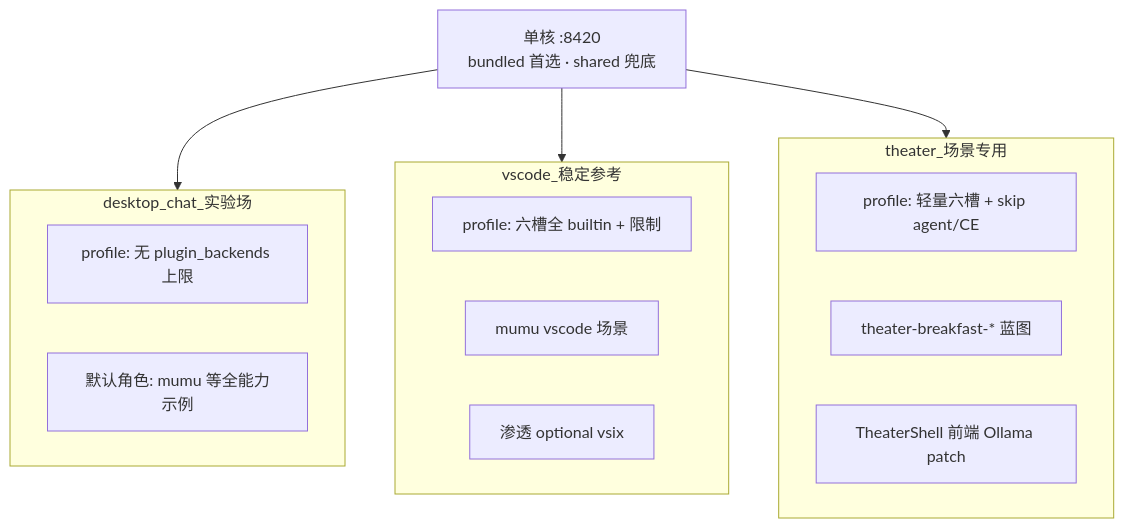
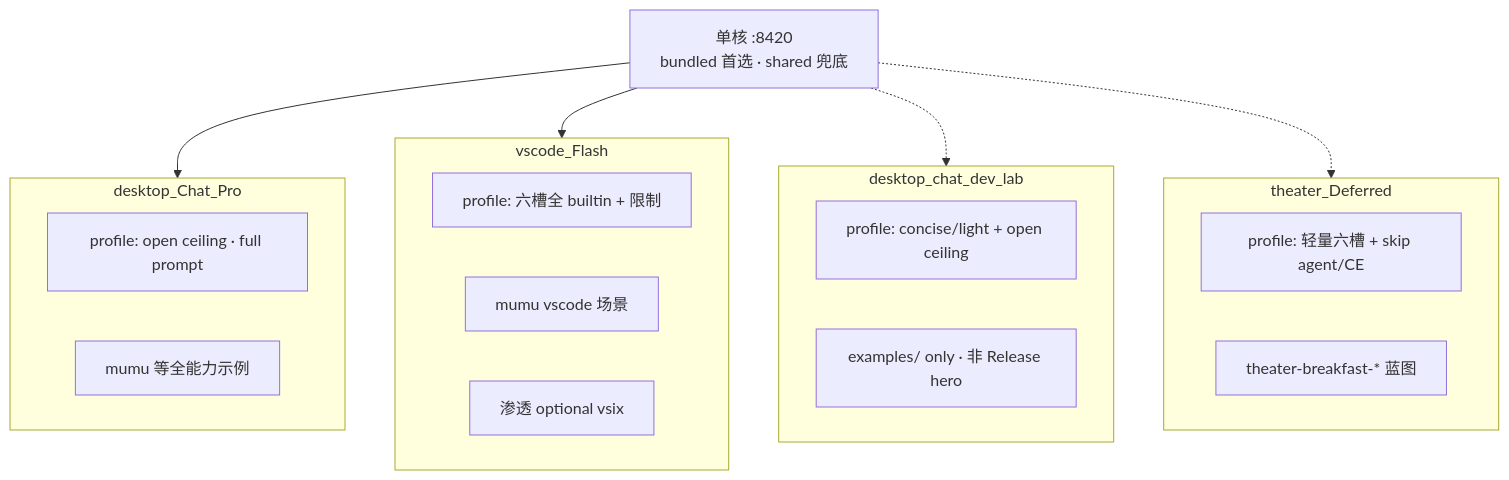
Before and after one commit to linkaiheng2233-cyber/oclivenewnew: the diagram in creator-docs/kernel/DISTRO_DEFAULT_PLUGINS.md, drawn with Mermaid. The commit also changed other lines of this file and 7 other files, not shown here.

Commit message:
docs(pro): lock Chat Pro desktop profile and three-product distro SSOT

````diff
--- a/creator-docs/kernel/DISTRO_DEFAULT_PLUGINS.md
+++ b/creator-docs/kernel/DISTRO_DEFAULT_PLUGINS.md
@@ -42,21 +44,25 @@
 ```mermaid
 flowchart TB
   kernel["单核 :8420\nbundled 首选 · shared 兜底"]
-  subgraph lab [desktop_chat_实验场]
-    dcProfile["profile: 无 plugin_backends 上限"]
-    dcRoles["默认角色: mumu 等全能力示例"]
+  subgraph pro [desktop_Chat_Pro]
+    proProfile["profile: open ceiling · full prompt"]
+    proRoles["mumu 等全能力示例"]
   end
-  subgraph stable [vscode_稳定参考]
+  subgraph flash [vscode_Flash]
     vsProfile["profile: 六槽全 builtin + 限制"]
     vsRoles["mumu vscode 场景"]
     vsPlugin["渗透 optional vsix"]
   end
-  subgraph theater [theater_场景专用]
+  subgraph lab [desktop_chat_dev_lab]
+    dcProfile["profile: concise/light + open ceiling"]
+    dcNote["examples/ only · 非 Release hero"]
+  end
+  subgraph theater [theater_Deferred]
     thProfile["profile: 轻量六槽 + skip agent/CE"]
     thRoles["theater-breakfast-* 蓝图"]
-    thShell["TheaterShell 前端 Ollama patch"]
   end
-  kernel --> lab
-  kernel --> stable
-  kernel --> theater
+  kernel --> pro
+  kernel --> flash
+  kernel -.-> lab
+  kernel -.-> theater
 ```
````
